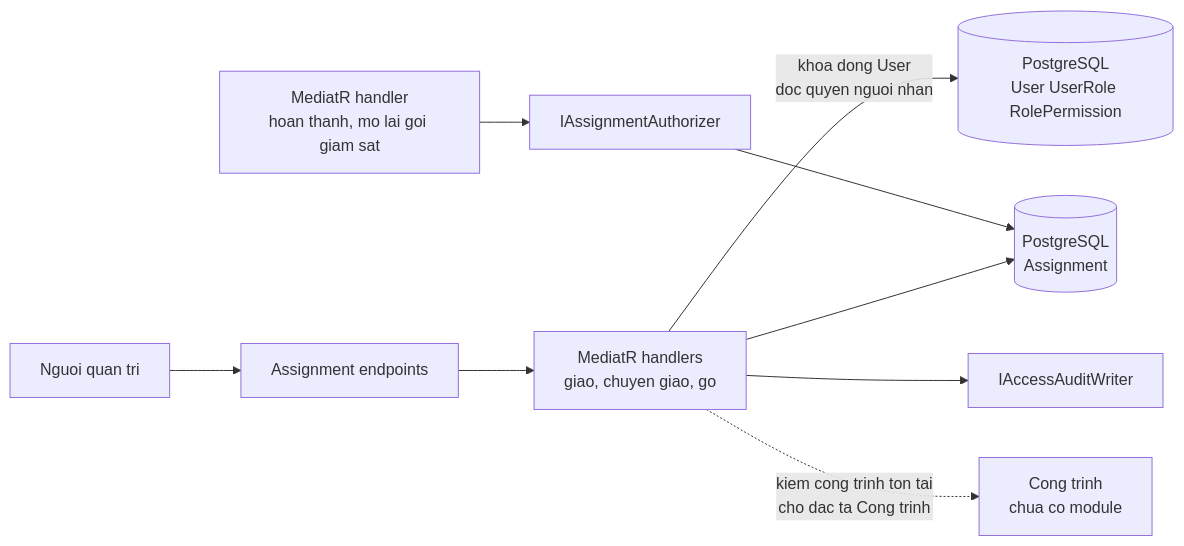
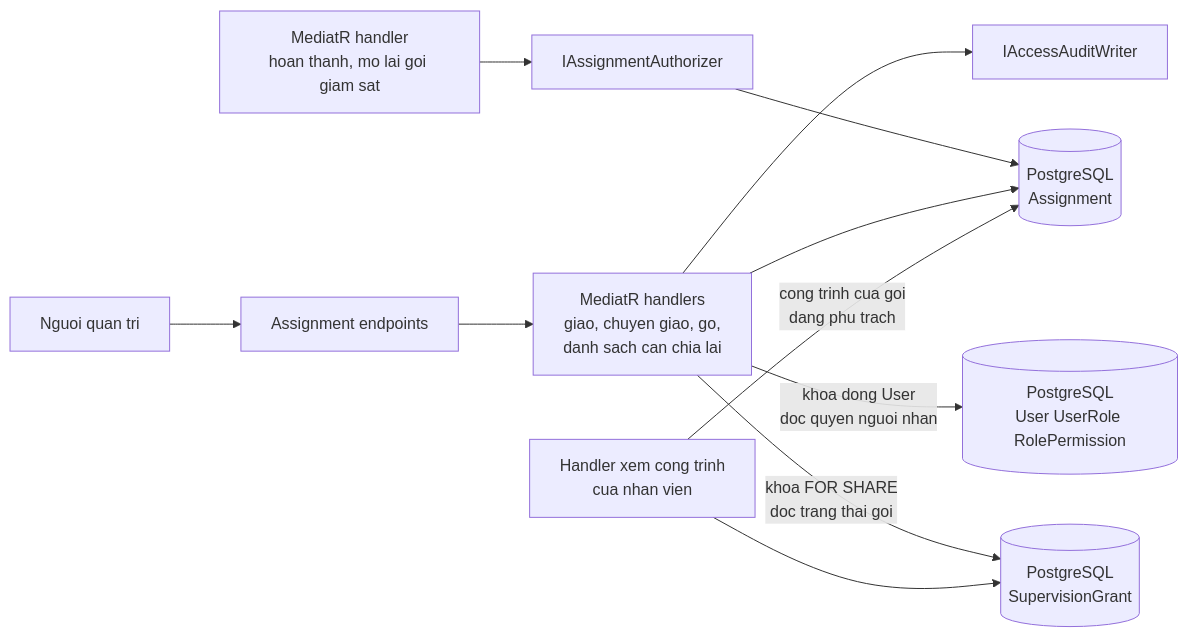
The first of 5 diagrams in tdd/TDD-RBAC-003.md (TaskCoper/bmt-documentation), drawn with Mermaid before and after one commit. The commit also changed other lines of this file and 15 other files, not shown here.

````diff
--- a/tdd/TDD-RBAC-003.md
+++ b/tdd/TDD-RBAC-003.md
@@ -88,11 +100,13 @@
 ```mermaid
 flowchart LR
     H[MediatR handler<br/>hoan thanh, mo lai goi giam sat] --> SV[IAssignmentAuthorizer]
     SV --> PG[(PostgreSQL<br/>Assignment)]
     AD[Nguoi quan tri] --> API[Assignment endpoints]
-    API --> AH[MediatR handlers<br/>giao, chuyen giao, go]
+    API --> AH[MediatR handlers<br/>giao, chuyen giao, go,<br/>danh sach can chia lai]
+    AH -->|khoa FOR SHARE<br/>doc trang thai goi| SG[(PostgreSQL<br/>SupervisionGrant)]
     AH -->|khoa dong User<br/>doc quyen nguoi nhan| UR[(PostgreSQL<br/>User UserRole RolePermission)]
     AH --> PG
     AH --> AU[IAccessAuditWriter]
-    AH -.->|kiem cong trinh ton tai<br/>cho dac ta Cong trinh| CS[Cong trinh<br/>chua co module]
+    SC[Handler xem cong trinh<br/>cua nhan vien] -->|cong trinh cua goi<br/>dang phu trach| PG
+    SC --> SG
 ```
````
